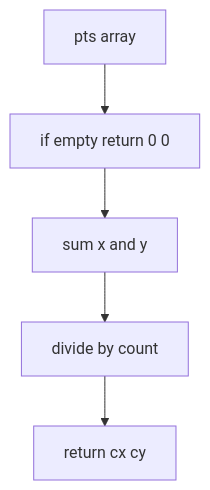
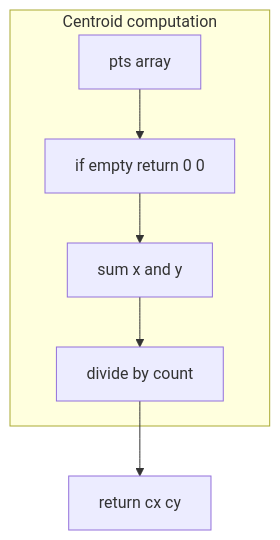
The third of 4 diagrams in docs/math/equality_and_centroid.md (Gh0st352/AETHR), drawn with Mermaid before and after one commit. The commit also changed other lines of this file and 5 other files, not shown here.

First line of the commit message:
docs: normalize headings and enhance Mermaid diagrams in math README

````diff
--- a/docs/math/equality_and_centroid.md
+++ b/docs/math/equality_and_centroid.md
@@ -39,7 +57,18 @@
 ```mermaid
+%% shared theme: docs/_mermaid/theme.json %%
 flowchart TD
-  IN[pts array] --> EMPTY[if empty return 0 0]
-  EMPTY --> SUM[sum x and y]
-  SUM --> DIV[divide by count]
+  subgraph "Centroid computation"
+    IN[pts array]
+    EMPTY[if empty return 0 0]
+    SUM[sum x and y]
+    DIV[divide by count]
+  end
+  IN --> EMPTY
+  EMPTY --> SUM
+  SUM --> DIV
   DIV --> OUT[return cx cy]
+  class IN class_io;
+  class SUM,DIV class_compute;
+  class EMPTY class_decision;
+  class OUT class_result;
 ```
````
